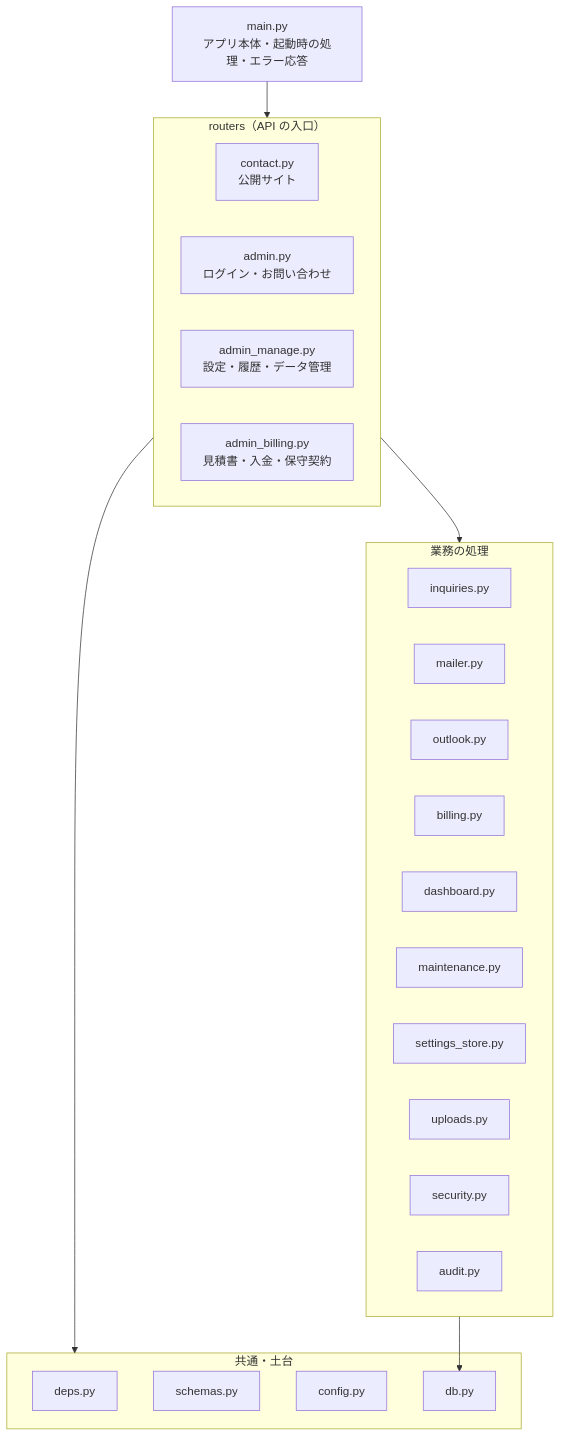
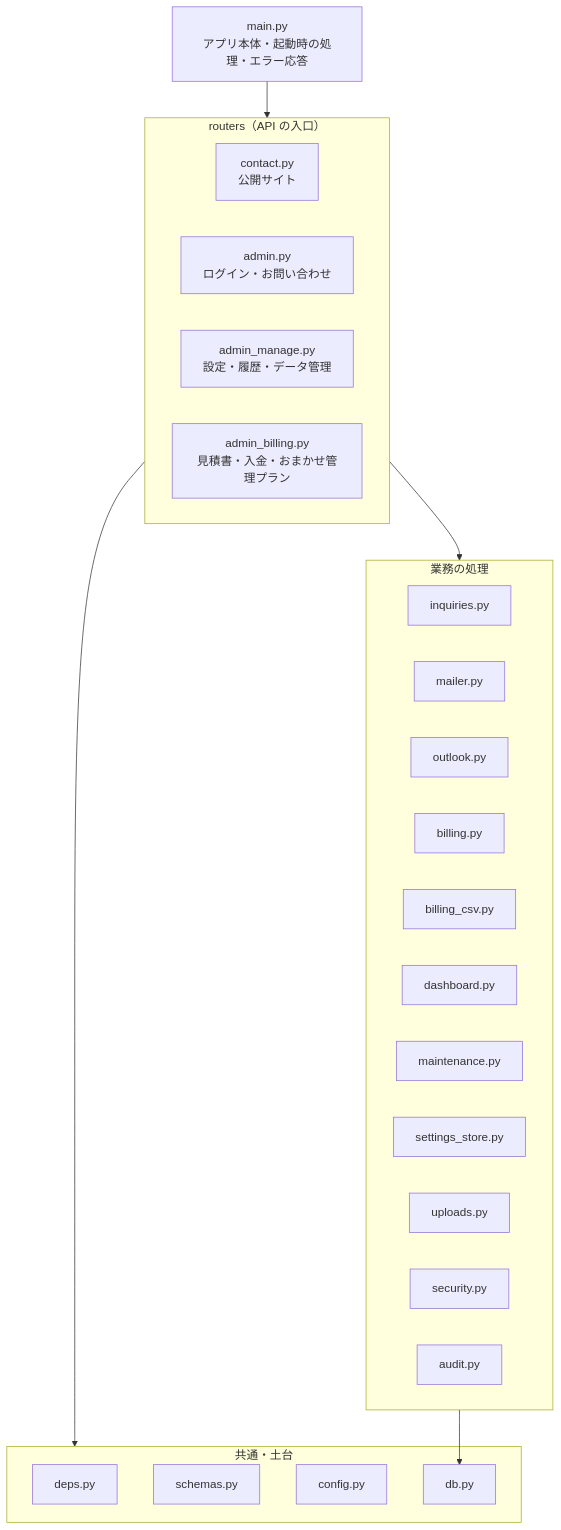
The second of 2 diagrams in docs/詳細設計書/01_システム構成.md (NakagawaTakato/company), drawn with Mermaid before and after one commit. The commit also changed other lines of this file and 42 other files, not shown here.

````diff
--- a/docs/詳細設計書/01_システム構成.md
+++ b/docs/詳細設計書/01_システム構成.md
@@ -152,32 +152,33 @@
 ```mermaid
 flowchart TB
   main["main.py<br>アプリ本体・起動時の処理・エラー応答"]
   subgraph R["routers（API の入口）"]
     contact["contact.py<br>公開サイト"]
     admin["admin.py<br>ログイン・お問い合わせ"]
     manage["admin_manage.py<br>設定・履歴・データ管理"]
-    billing_r["admin_billing.py<br>見積書・入金・保守契約"]
+    billing_r["admin_billing.py<br>見積書・入金・おまかせ管理プラン"]
   end
   subgraph L["業務の処理"]
     inquiries["inquiries.py"]
     mailer["mailer.py"]
     outlook["outlook.py"]
     billing["billing.py"]
+    billing_csv["billing_csv.py"]
     dashboard["dashboard.py"]
     maintenance["maintenance.py"]
     settings_store["settings_store.py"]
     uploads["uploads.py"]
     security["security.py"]
     audit["audit.py"]
   end
   subgraph B["共通・土台"]
     deps["deps.py"]
     schemas["schemas.py"]
     config["config.py"]
     db["db.py"]
   end
   main --> R
   R --> L
   R --> B
   L --> db
 ```
````
